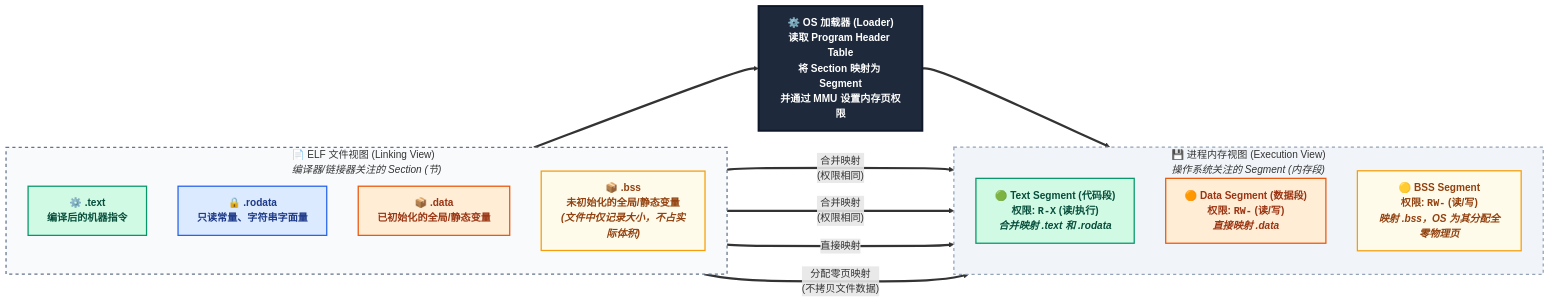
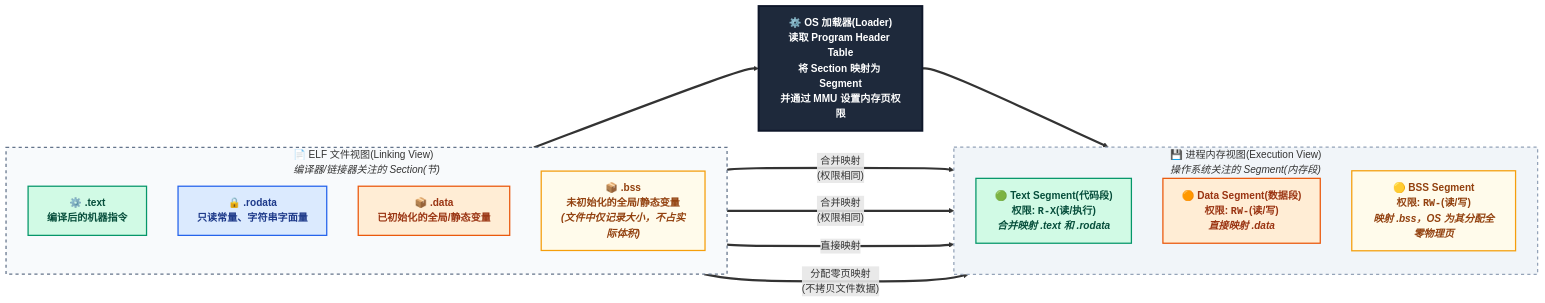
One commit to dmjcb/dmjcb.github.io changed the tenth of 10 diagrams in _posts/c_c++/compile/2021-06-15-编译过程.md. Above: the diagram before and after it, drawn with Mermaid. The commit also changed other lines of this file and 8 other files, not shown here.

````diff
--- a/_posts/c_c++/compile/2021-06-15-编译过程.md
+++ b/_posts/c_c++/compile/2021-06-15-编译过程.md
@@ -1033,56 +1033,56 @@
 ```mermaid
 flowchart LR
     %% 样式定义
     classDef fileBox fill:#f8fafc,stroke:#64748b,stroke-width:2px,stroke-dasharray: 5 5;
     classDef memBox fill:#f1f5f9,stroke:#94a3b8,stroke-width:2px,stroke-dasharray: 5 5;
     
     classDef secText fill:#d1fae5,stroke:#059669,stroke-width:2px,color:#064e3b,font-weight:bold;
     classDef secRodata fill:#dbeafe,stroke:#2563eb,stroke-width:2px,color:#1e3a8a,font-weight:bold;
     classDef secData fill:#ffedd5,stroke:#ea580c,stroke-width:2px,color:#9a3412,font-weight:bold;
     classDef secBss fill:#fffbeb,stroke:#f59e0b,stroke-width:2px,color:#92400e,font-weight:bold;
     
     classDef loader fill:#1e293b,stroke:#0f172a,stroke-width:3px,color:#ffffff,font-weight:bold,font-size:16px;
 
-    subgraph ELF_File ["📄 ELF 文件视图 (Linking View)<br/><i>编译器/链接器关注的 Section (节)</i>"]
+    subgraph ELF_File ["📄 ELF 文件视图(Linking View)<br/><i>编译器/链接器关注的 Section(节)</i>"]
         direction TB
         S_Text["⚙️ <b>.text</b><br/>编译后的机器指令"]
         S_Rodata["🔒 <b>.rodata</b><br/>只读常量、字符串字面量"]
         S_Data["📦 <b>.data</b><br/>已初始化的全局/静态变量"]
         S_Bss["📦 <b>.bss</b><br/>未初始化的全局/静态变量<br/><i>(文件中仅记录大小，不占实际体积)</i>"]
     end
 
-    Loader["⚙️ <b>OS 加载器 (Loader)</b><br/>读取 Program Header Table<br/>将 Section 映射为 Segment<br/>并通过 MMU 设置内存页权限"]
+    Loader["⚙️ <b>OS 加载器(Loader)</b><br/>读取 Program Header Table<br/>将 Section 映射为 Segment<br/>并通过 MMU 设置内存页权限"]
 
-    subgraph Mem_Layout ["💾 进程内存视图 (Execution View)<br/><i>操作系统关注的 Segment (内存段)</i>"]
+    subgraph Mem_Layout ["💾 进程内存视图(Execution View)<br/><i>操作系统关注的 Segment(内存段)</i>"]
         direction TB
-        M_Text["🟢 <b>Text Segment (代码段)</b><br/>权限: <code>R-X</code> (读/执行)<br/><i>合并映射 .text 和 .rodata</i>"]
-        M_Data["🟠 <b>Data Segment (数据段)</b><br/>权限: <code>RW-</code> (读/写)<br/><i>直接映射 .data</i>"]
-        M_Bss["🟡 <b>BSS Segment</b><br/>权限: <code>RW-</code> (读/写)<br/><i>映射 .bss，OS 为其分配全零物理页</i>"]
+        M_Text["🟢 <b>Text Segment(代码段)</b><br/>权限: <code>R-X</code>(读/执行)<br/><i>合并映射 .text 和 .rodata</i>"]
+        M_Data["🟠 <b>Data Segment(数据段)</b><br/>权限: <code>RW-</code>(读/写)<br/><i>直接映射 .data</i>"]
+        M_Bss["🟡 <b>BSS Segment</b><br/>权限: <code>RW-</code>(读/写)<br/><i>映射 .bss，OS 为其分配全零物理页</i>"]
     end
 
     %% 映射连线
     S_Text ==>|"合并映射<br/>(权限相同)"| M_Text
     S_Rodata ==>|"合并映射<br/>(权限相同)"| M_Text
     
     S_Data ==>|"直接映射"| M_Data
     
     S_Bss ==>|"分配零页映射<br/>(不拷贝文件数据)"| M_Bss
 
     ELF_File ==> Loader ==> Mem_Layout
 
     %% 应用样式
     class ELF_File fileBox;
     class Mem_Layout memBox;
     
     class S_Text secText;
     class S_Rodata secRodata;
     class S_Data secData;
     class S_Bss secBss;
     
     class M_Text secText;
     class M_Data secData;
     class M_Bss secBss;
     
     class Loader loader;
 
 ```
````
